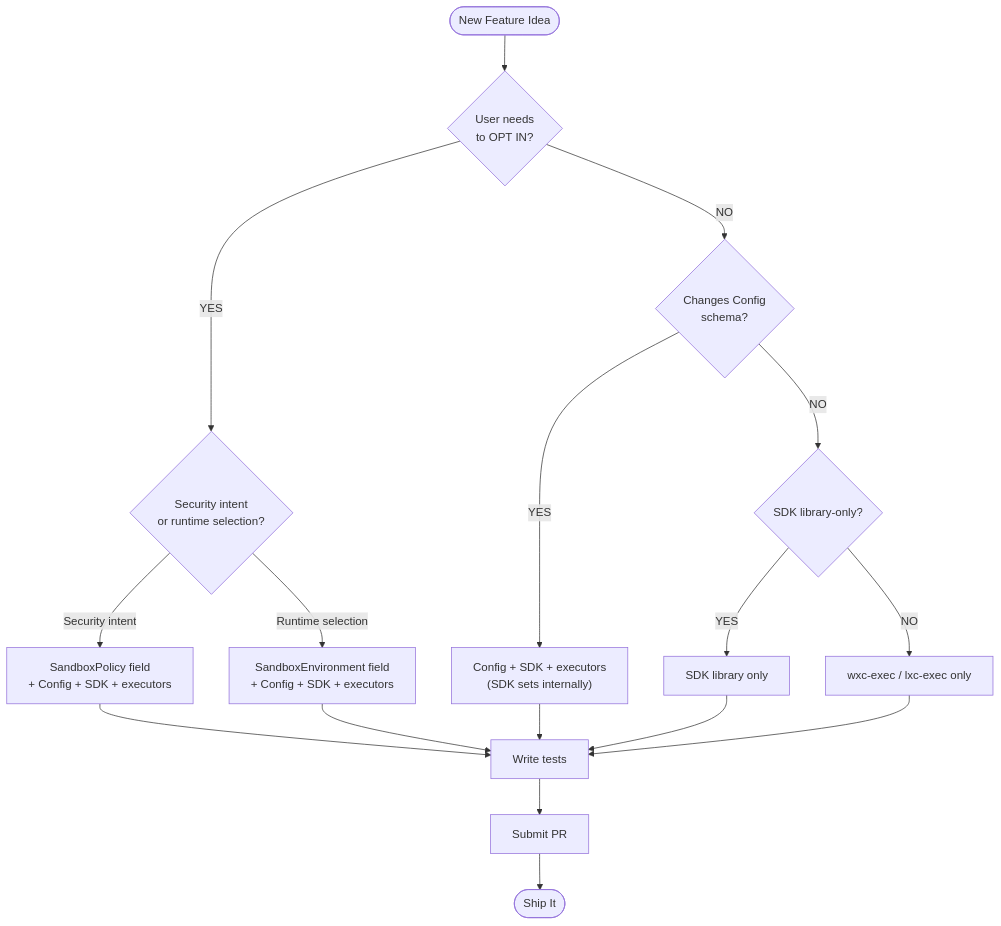
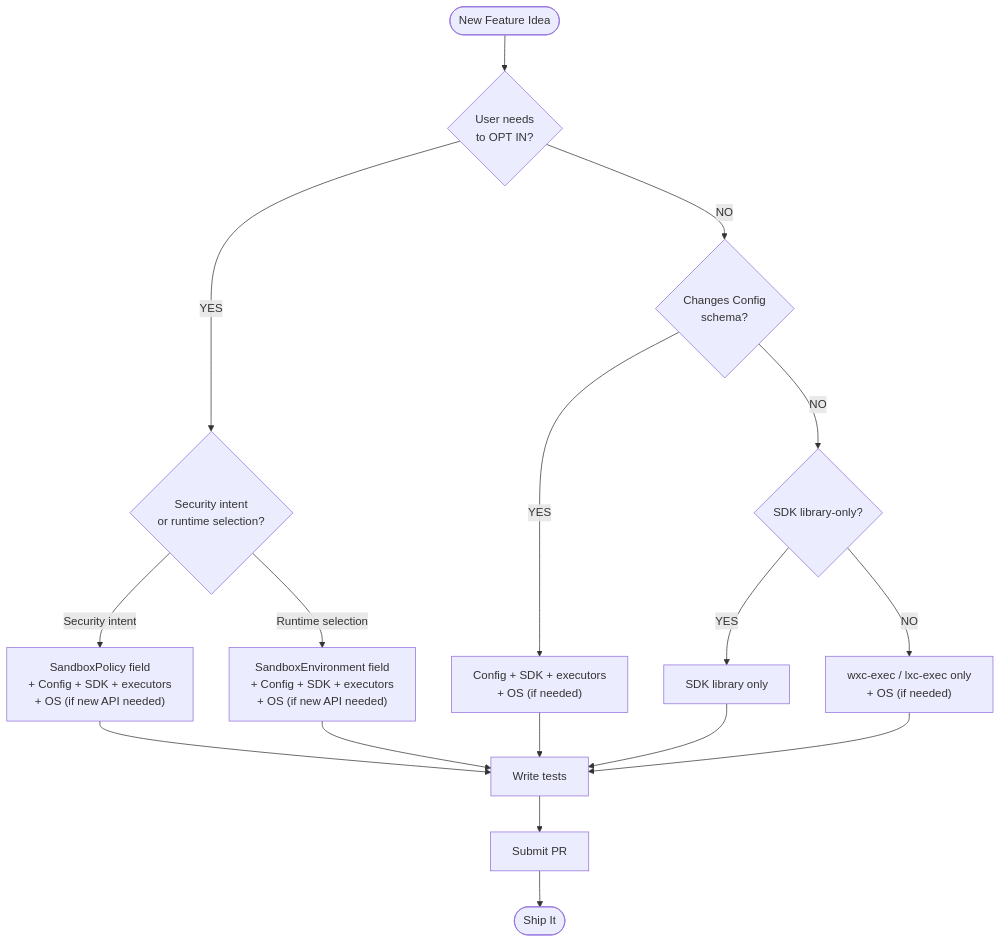
The diagram in docs/authoring-a-new-feature.md (microsoft/mxc), drawn with Mermaid before and after one commit. The commit also changed other lines of this file, not shown here.

Commit message:
Add OS changes to decision tree and flowchart

````diff
--- a/docs/authoring-a-new-feature.md
+++ b/docs/authoring-a-new-feature.md
@@ -79,24 +85,24 @@
 ```mermaid
 flowchart TD
     START([New Feature Idea]) --> Q1{User needs<br/>to OPT IN?}
 
     Q1 -->|YES| Q2{Security intent<br/>or runtime selection?}
     Q1 -->|NO| Q3{Changes Config<br/>schema?}
 
-    Q2 -->|Security intent| POL["SandboxPolicy field<br/>+ Config + SDK + executors"]
-    Q2 -->|Runtime selection| ENV["SandboxEnvironment field<br/>+ Config + SDK + executors"]
+    Q2 -->|Security intent| POL["SandboxPolicy field<br/>+ Config + SDK + executors<br/>+ OS (if new API needed)"]
+    Q2 -->|Runtime selection| ENV["SandboxEnvironment field<br/>+ Config + SDK + executors<br/>+ OS (if new API needed)"]
 
-    Q3 -->|YES| INTERNAL["Config + SDK + executors<br/>(SDK sets internally)"]
+    Q3 -->|YES| INTERNAL["Config + SDK + executors<br/>+ OS (if needed)"]
     Q3 -->|NO| Q4{SDK library-only?}
 
     Q4 -->|YES| SDK_ONLY["SDK library only"]
-    Q4 -->|NO| EXEC["wxc-exec / lxc-exec only"]
+    Q4 -->|NO| EXEC["wxc-exec / lxc-exec only<br/>+ OS (if needed)"]
 
     POL --> TEST["Write tests"]
     ENV --> TEST
     INTERNAL --> TEST
     SDK_ONLY --> TEST
     EXEC --> TEST
     TEST --> PR["Submit PR"]
     PR --> DONE([Ship It])
 ```
````
